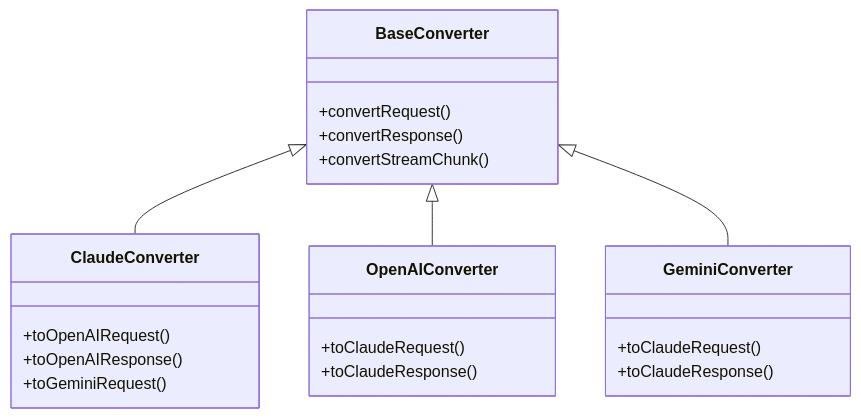
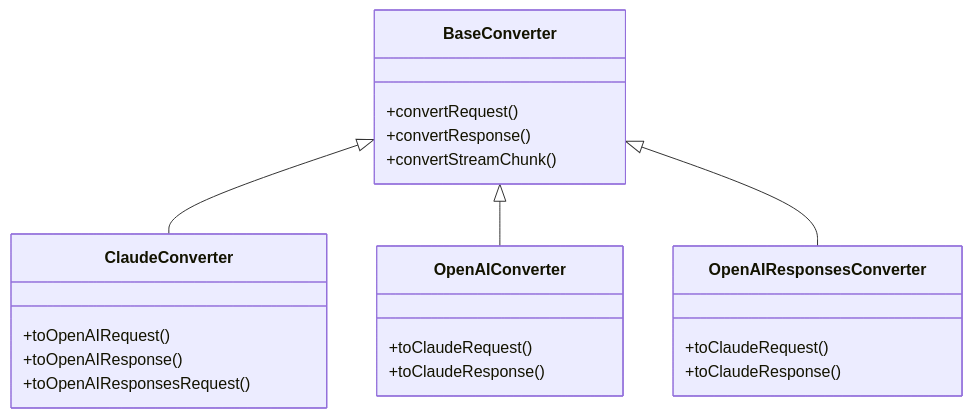
Before and after one commit to htmambo/kiro2Api: the second of 2 diagrams in docs/Analysis/REQUEST_ANALYSIS_AND_TOOL_CALL_PATTERNS.md, drawn with Mermaid. The commit also changed 66 other files, not shown here.

````diff
--- a/docs/Analysis/REQUEST_ANALYSIS_AND_TOOL_CALL_PATTERNS.md
+++ b/docs/Analysis/REQUEST_ANALYSIS_AND_TOOL_CALL_PATTERNS.md
@@ -97,24 +97,24 @@
 ```mermaid
 classDiagram
     class BaseConverter {
         +convertRequest()
         +convertResponse()
         +convertStreamChunk()
     }
     class ClaudeConverter {
         +toOpenAIRequest()
         +toOpenAIResponse()
-        +toGeminiRequest()
+        +toOpenAIResponsesRequest()
     }
     class OpenAIConverter {
         +toClaudeRequest()
         +toClaudeResponse()
     }
-    class GeminiConverter {
+    class OpenAIResponsesConverter {
         +toClaudeRequest()
         +toClaudeResponse()
     }
     BaseConverter <|-- ClaudeConverter
     BaseConverter <|-- OpenAIConverter
-    BaseConverter <|-- GeminiConverter
+    BaseConverter <|-- OpenAIResponsesConverter
 ```
````
